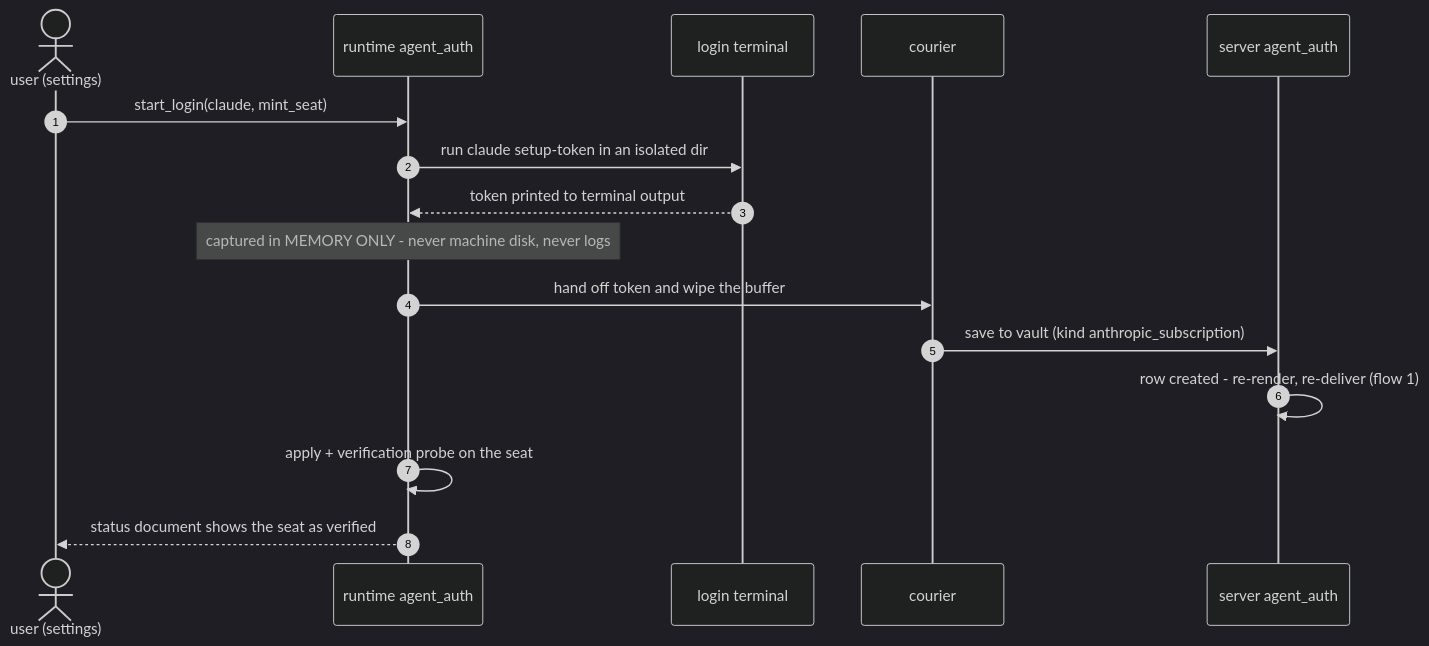
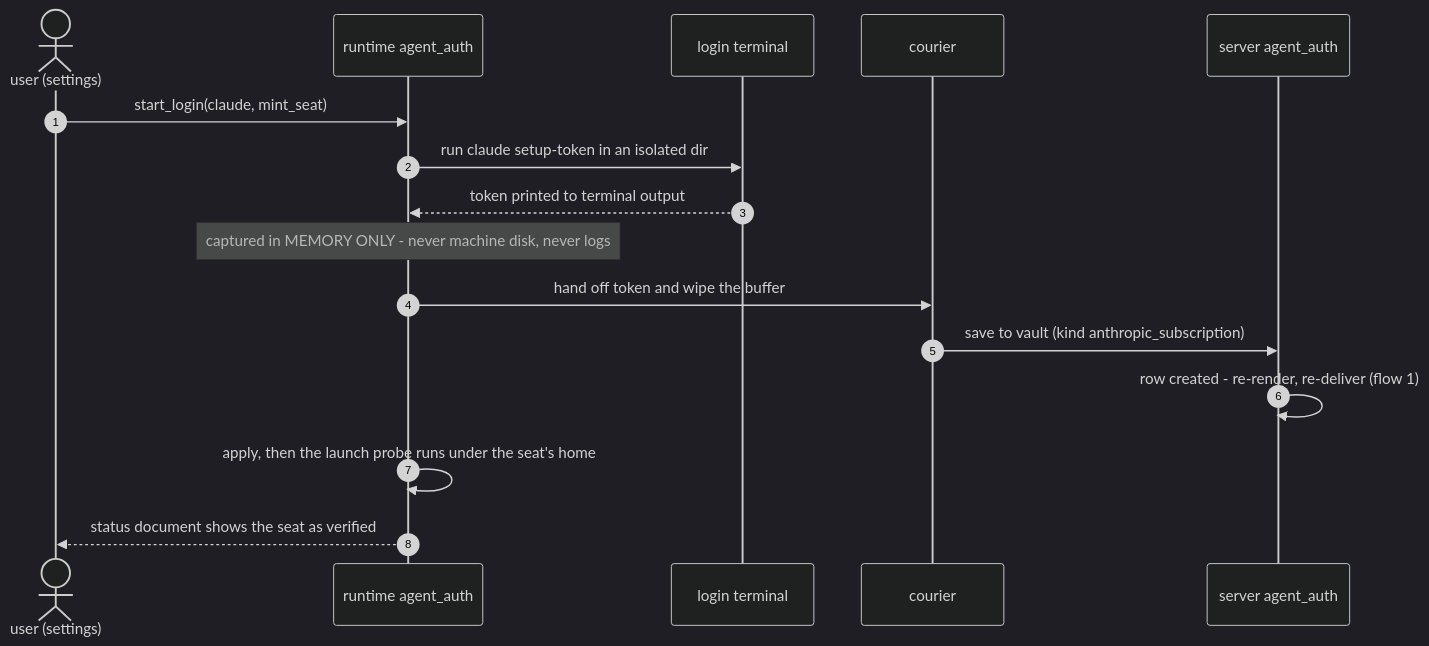
Before and after one commit to proliferate-ai/proliferate: the second of 5 diagrams in specs/systems/agent_auth/README.md, drawn with Mermaid (dark theme). The commit also changed other lines of this file and 1 other file, not shown here.

First line of the commit message:
spec: apply both head re-verification rounds (11 + 10 findings)

````diff
--- a/specs/systems/agent_auth/README.md
+++ b/specs/systems/agent_auth/README.md
@@ -294,18 +294,18 @@
 ```mermaid
 sequenceDiagram
     autonumber
     actor U as user (settings)
     participant RT as runtime agent_auth
     participant T as login terminal
     participant CO as courier
     participant SV as server agent_auth
     U->>RT: start_login(claude, mint_seat)
     RT->>T: run claude setup-token in an isolated dir
     T-->>RT: token printed to terminal output
     Note over RT: captured in MEMORY ONLY - never machine disk, never logs
     RT->>CO: hand off token and wipe the buffer
     CO->>SV: save to vault (kind anthropic_subscription)
     SV->>SV: row created - re-render, re-deliver (flow 1)
-    RT->>RT: apply + verification probe on the seat
+    RT->>RT: apply, then the launch probe runs under the seat's home
     RT-->>U: status document shows the seat as verified
 ```
````
